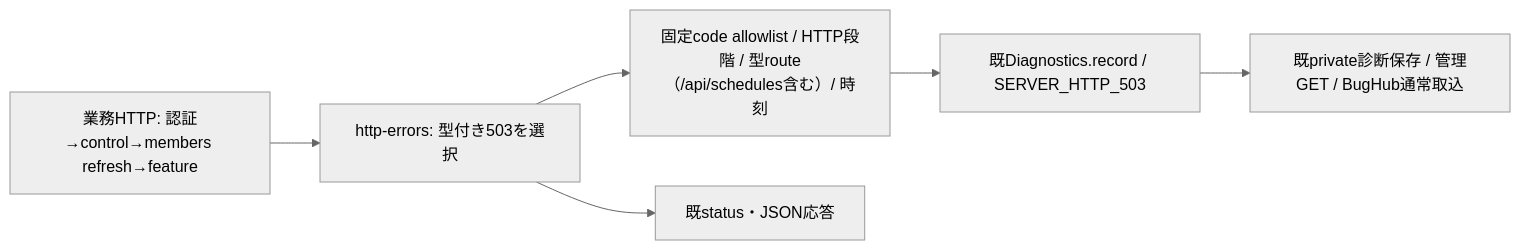
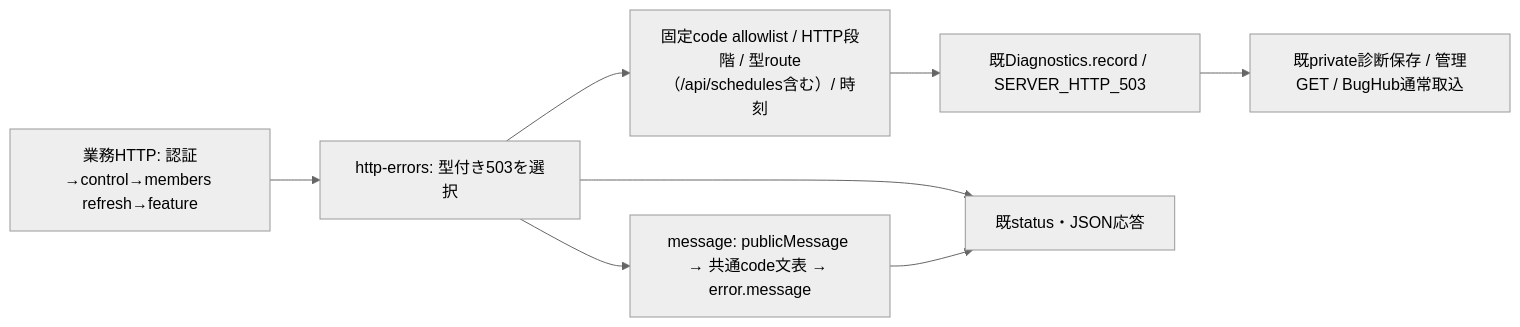
Before and after one commit to kitepon/BellTeam: the fifth of 42 diagrams in docs/architecture/modules/integration/README.md, drawn with Mermaid (neutral theme). The commit also changed other lines of this file and 2 other files, not shown here.

First line of the commit message:
http-errors: Japanese text for HARNESS_AUTH_ACCOUNTS_UNAVAILABLE after module IPC

````diff
--- a/docs/architecture/modules/integration/README.md
+++ b/docs/architecture/modules/integration/README.md
@@ -134,8 +134,9 @@
 ```mermaid
 flowchart LR
   HTTP["業務HTTP: 認証→control→members refresh→feature"] --> Error["http-errors: 型付き503を選択"]
   Error --> Safe["固定code allowlist / HTTP段階 / 型route（/api/schedules含む）/ 時刻"]
   Safe --> Writer["既Diagnostics.record / SERVER_HTTP_503"]
   Writer --> Saved["既private診断保存 / 管理GET / BugHub通常取込"]
   Error --> Response["既status・JSON応答"]
+  Error --> Text["message: publicMessage → 共通code文表 → error.message"] --> Response
 ```
````
